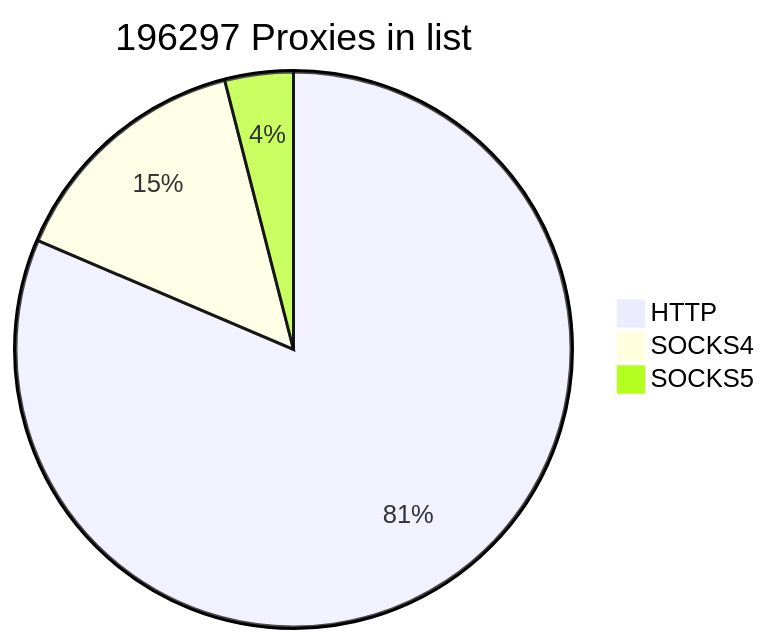
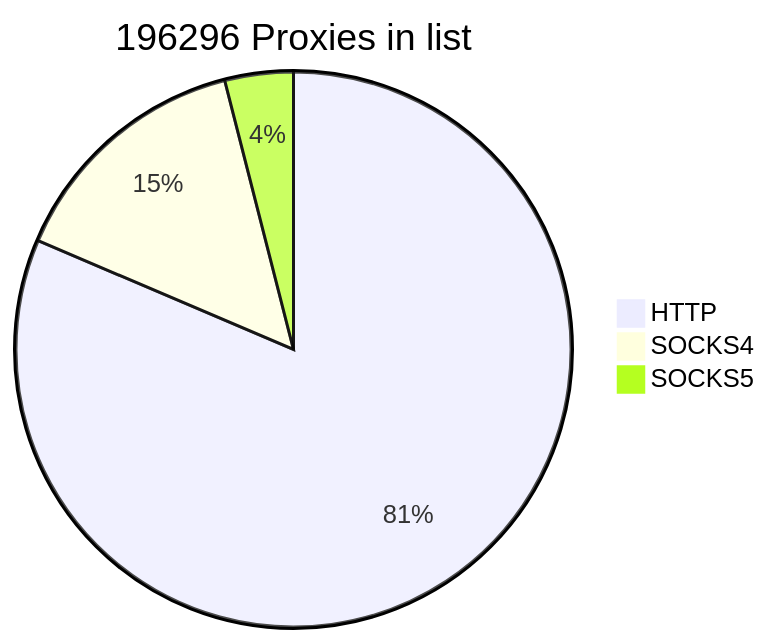
Before and after one commit to cutipu/proxylist: the first of 2 diagrams in README.md, drawn with Mermaid. The commit also changed other lines of this file, not shown here.

````diff
--- a/README.md
+++ b/README.md
@@ -2,7 +2,7 @@
 ```mermaid
-pie title 196297 Proxies in list
-    "HTTP" : 159808
-    "SOCKS4" : 28669
+pie title 196296 Proxies in list
+    "HTTP" : 159806
+    "SOCKS4" : 28670
     "SOCKS5" : 7820
             
 ```
````
